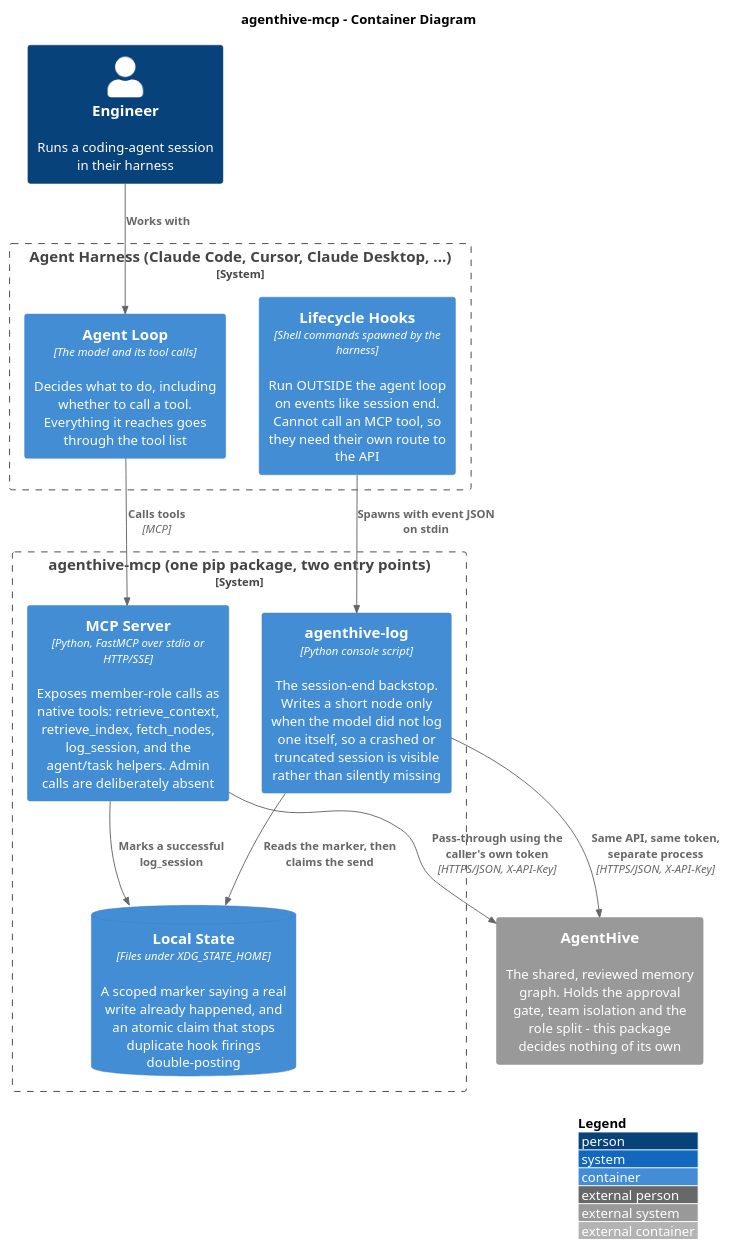
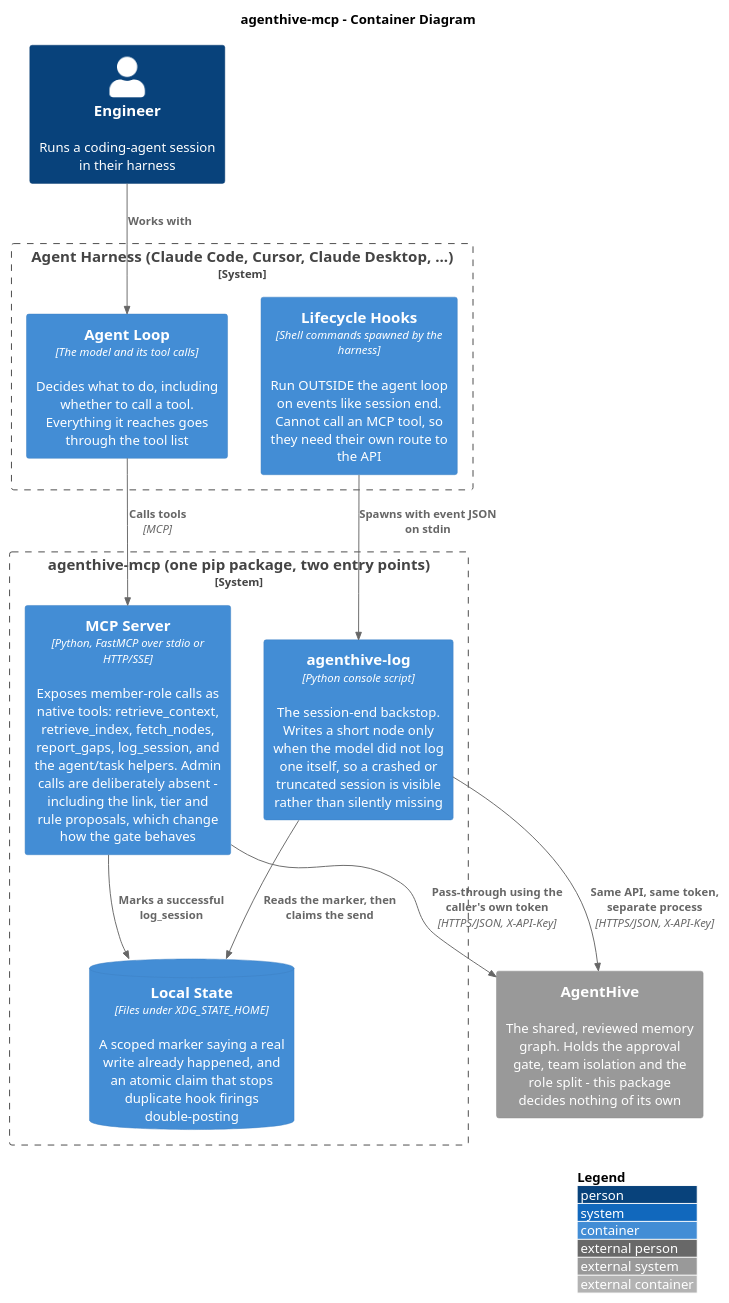
The diagram in docs/diagrams/c4-container.puml (polarpoint-io/agenthive-mcp), drawn with PlantUML before and after one commit. The commit also changed 5 other files, not shown here.

First line of the commit message:
feat(tools): expose report_gaps, and keep the other proposals out

```diff
--- a/docs/diagrams/c4-container.puml
+++ b/docs/diagrams/c4-container.puml
@@ -1,30 +1,30 @@
 @startuml
 !include https://raw.githubusercontent.com/plantuml-stdlib/C4-PlantUML/master/C4_Container.puml
 
 LAYOUT_WITH_LEGEND()
 title agenthive-mcp - Container Diagram
 
 Person(engineer, "Engineer", "Runs a coding-agent session in their harness")
 
 System_Boundary(harness, "Agent Harness (Claude Code, Cursor, Claude Desktop, ...)") {
   Container(model, "Agent Loop", "The model and its tool calls", "Decides what to do, including whether to call a tool. Everything it reaches goes through the tool list")
   Container(lifecycle, "Lifecycle Hooks", "Shell commands spawned by the harness", "Run OUTSIDE the agent loop on events like session end. Cannot call an MCP tool, so they need their own route to the API")
 }
 
 System_Boundary(pkg, "agenthive-mcp (one pip package, two entry points)") {
-  Container(mcp, "MCP Server", "Python, FastMCP over stdio or HTTP/SSE", "Exposes member-role calls as native tools: retrieve_context, retrieve_index, fetch_nodes, log_session, and the agent/task helpers. Admin calls are deliberately absent")
+  Container(mcp, "MCP Server", "Python, FastMCP over stdio or HTTP/SSE", "Exposes member-role calls as native tools: retrieve_context, retrieve_index, fetch_nodes, report_gaps, log_session, and the agent/task helpers. Admin calls are deliberately absent - including the link, tier and rule proposals, which change how the gate behaves")
   Container(hook, "agenthive-log", "Python console script", "The session-end backstop. Writes a short node only when the model did not log one itself, so a crashed or truncated session is visible rather than silently missing")
   ContainerDb(state, "Local State", "Files under XDG_STATE_HOME", "A scoped marker saying a real write already happened, and an atomic claim that stops duplicate hook firings double-posting")
 }
 
 System_Ext(agenthive, "AgentHive", "The shared, reviewed memory graph. Holds the approval gate, team isolation and the role split - this package decides nothing of its own")
 
 Rel(engineer, model, "Works with")
 Rel(model, mcp, "Calls tools", "MCP")
 Rel(lifecycle, hook, "Spawns with event JSON on stdin")
 Rel(mcp, agenthive, "Pass-through using the caller's own token", "HTTPS/JSON, X-API-Key")
 Rel(hook, agenthive, "Same API, same token, separate process", "HTTPS/JSON, X-API-Key")
 Rel(mcp, state, "Marks a successful log_session")
 Rel(hook, state, "Reads the marker, then claims the send")
 
 @enduml
```
